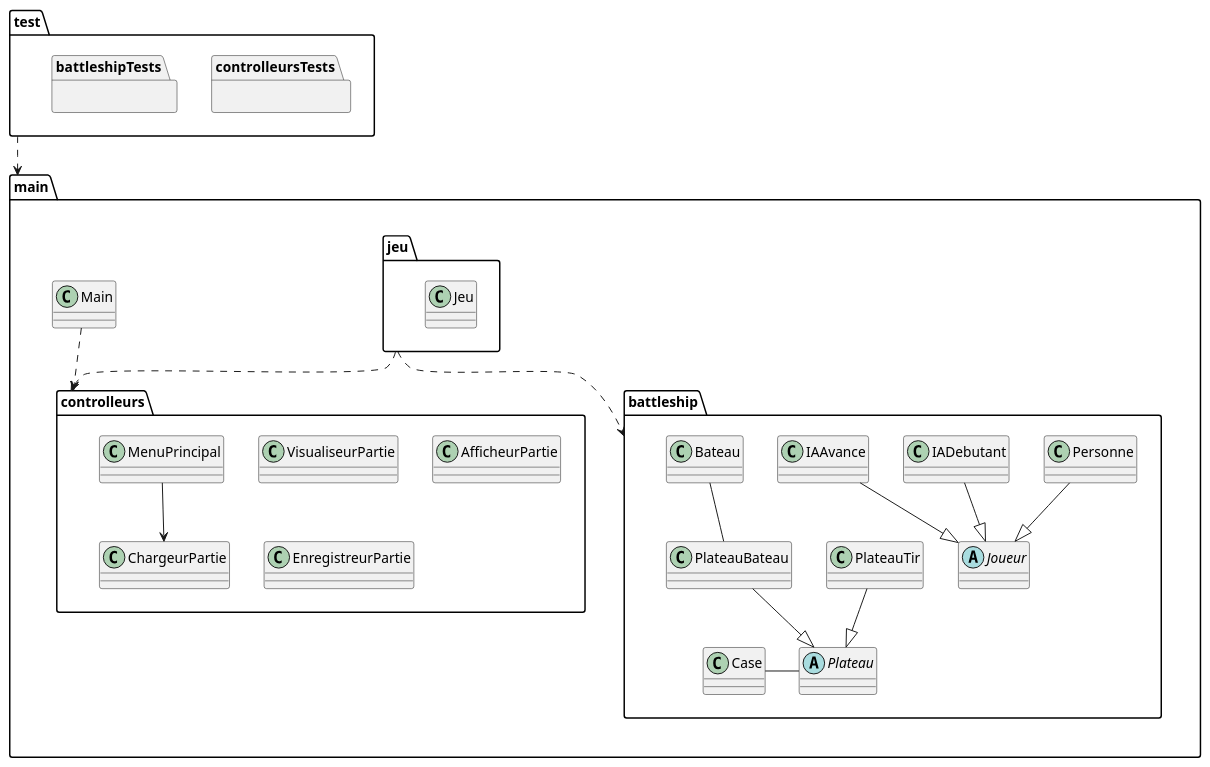
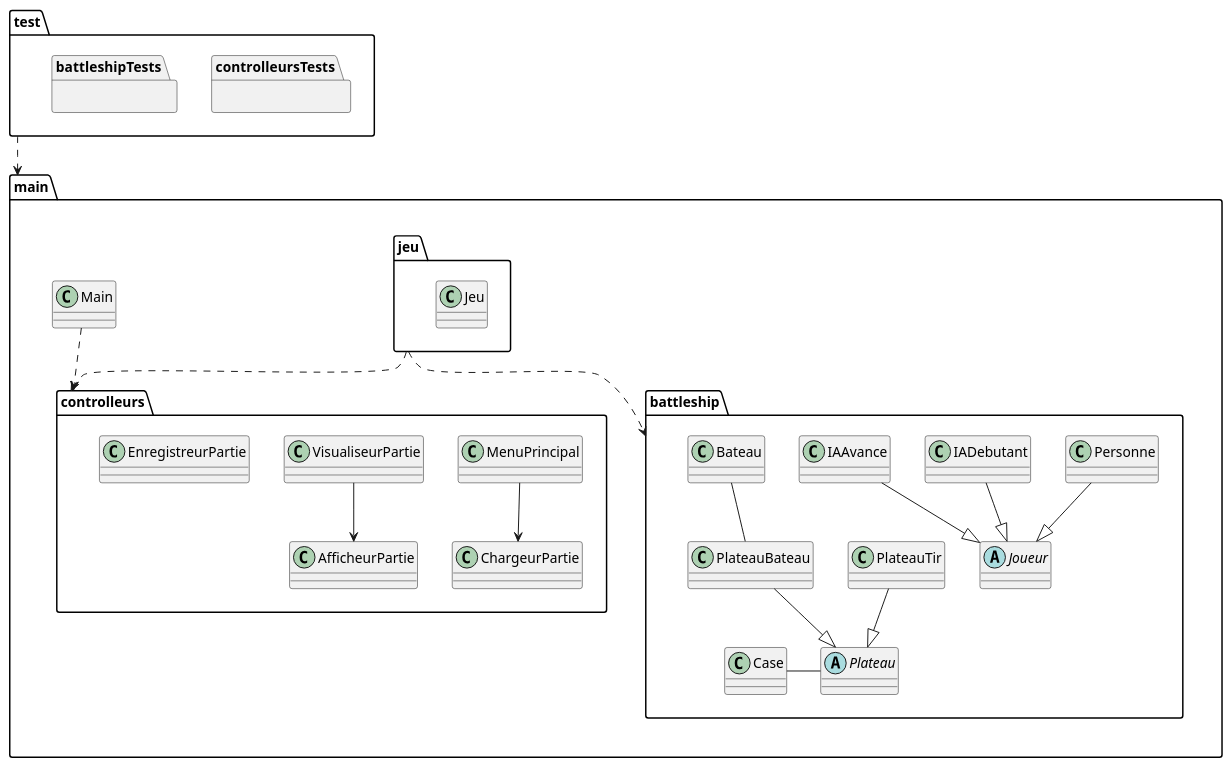
Before and after one commit to Patroklos99/5153_TP2-Battleship-AI-Pattern-Conception_Engineering2: the diagram in diagrammes_conception/diagramme_package.puml, drawn with PlantUML.

Commit message:
modif diagramme package

```diff
--- a/diagrammes_conception/diagramme_package.puml
+++ b/diagrammes_conception/diagramme_package.puml
@@ -1,57 +1,58 @@
 @startuml
 
 package main {
 class Main
 
 package jeu {
 class Jeu
 }
 
 package battleship {
 abstract Joueur
 class Personne
 class IADebutant
 class IAAvance
 abstract Plateau
 class PlateauTir
 class PlateauBateau
 class Case
 class Bateau
 
 Personne --|> Joueur
 IAAvance --|> Joueur
 IADebutant --|> Joueur
 
 PlateauTir --|> Plateau
 PlateauBateau --|> Plateau
 
 Case - Plateau
 Bateau -- PlateauBateau
 
 }
 
 package controlleurs {
 
 class MenuPrincipal
 class VisualiseurPartie
 class AfficheurPartie
 class EnregistreurPartie
 class ChargeurPartie
 
 MenuPrincipal --> ChargeurPartie
+VisualiseurPartie --> AfficheurPartie
 
 }
 
 }
 
 package test{
 package controlleursTests {}
 package battleshipTests {}
 }
 
 jeu ..> controlleurs
 jeu ..> battleship
 Main ..> controlleurs
 test ..> main
 
 @enduml
```
